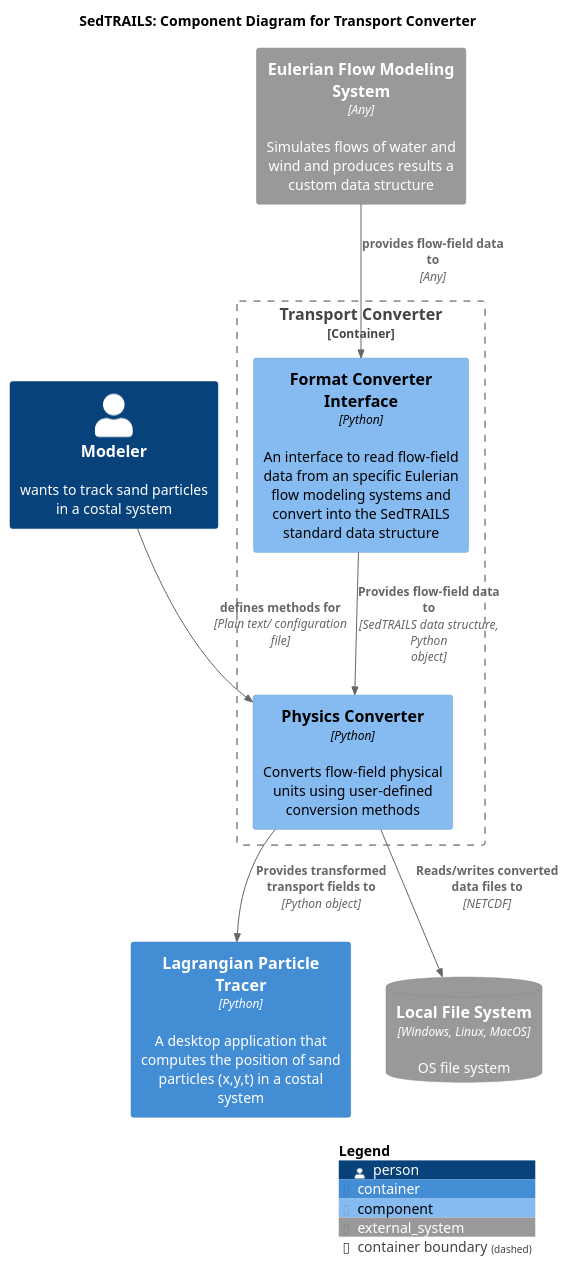
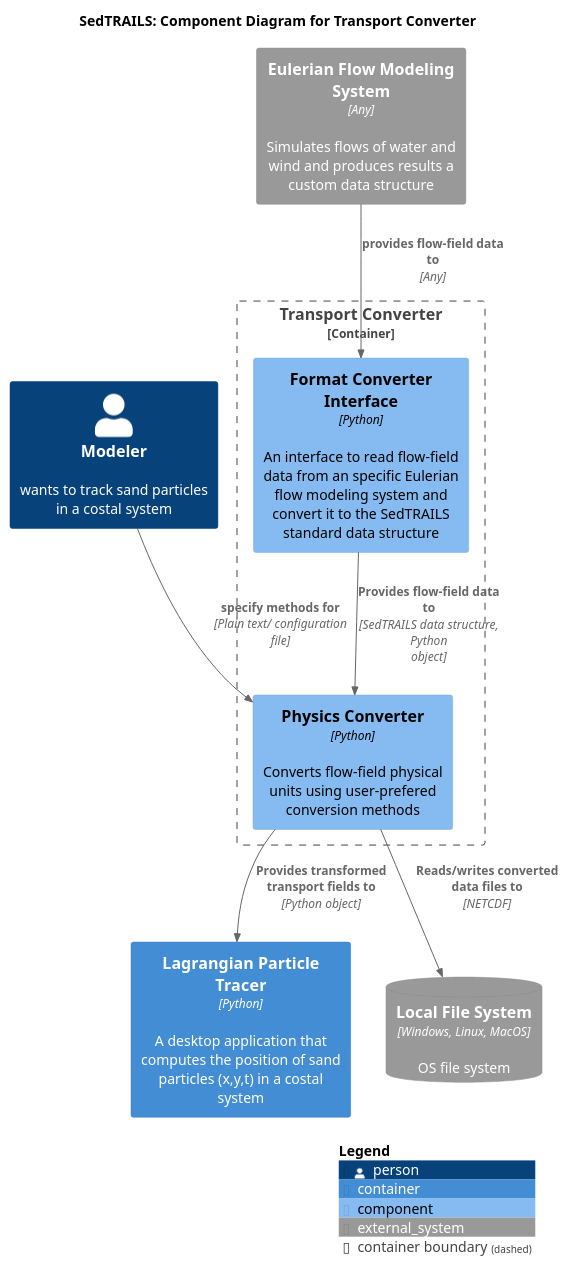
The diagram in diagrams/componets-converter-app.puml (sgpearson17/sedtrails-sgp), drawn with PlantUML before and after one commit.

Commit message:
Fix typos and improve language in component descriptions in diagrams

```diff
--- a/diagrams/componets-converter-app.puml
+++ b/diagrams/componets-converter-app.puml
@@ -1,35 +1,33 @@
 @startuml SedtrailComponentsConverter
 !include ./c4/C4_Component.puml
 
 ' LAYOUT_LANDSCAPE()
 
 title SedTRAILS: Component Diagram for Transport Converter
 scale 1
 
 Person(modeler, "Modeler", "wants to track sand particles in a costal system")
 
 Container_Boundary(transportConverter, "Transport Converter"){ 
     
-    Component(formatConverter, "Format Converter Interface", "Python", "An interface to read flow-field data from an specific Eulerian flow modeling systems and convert into the SedTRAILS standard data structure")
+    Component(formatConverter, "Format Converter Interface", "Python", "An interface to read flow-field data from an specific Eulerian flow modeling system and convert it to the SedTRAILS standard data structure")
 
-    Component(physicsConverter, "Physics Converter", "Python", "Converts flow-field physical units using user-defined conversion methods")
+    Component(physicsConverter, "Physics Converter", "Python", "Converts flow-field physical units using user-prefered conversion methods")
         
     Rel(formatConverter, physicsConverter, "Provides flow-field data to", "SedTRAILS data structure, Python object")
 
-    Rel(modeler, physicsConverter, "defines methods for", "Plain text/ configuration file")
-
+    Rel(modeler, physicsConverter, "specify methods for", "Plain text/ configuration file")
 }
-
 
 Container(particleTracer, "Lagrangian Particle Tracer", "Python", "A desktop application that computes the position of sand particles (x,y,t) in a costal system")
 
 System_Ext(flowSystem, "Eulerian Flow Modeling System", "Simulates flows of water and wind and produces results a custom data structure", $type="Any")
 SystemDb_Ext(fileSystem, "Local File System", "OS file system", $type="Windows, Linux, MacOS")
 
 Rel(physicsConverter, particleTracer, "Provides transformed transport fields to", "Python object")
 Rel(physicsConverter, fileSystem, "Reads/writes converted data files to", "NETCDF")
 
 Rel(flowSystem, formatConverter, "provides flow-field data to ", "Any")
 
 SHOW_LEGEND()
 @enduml
```
